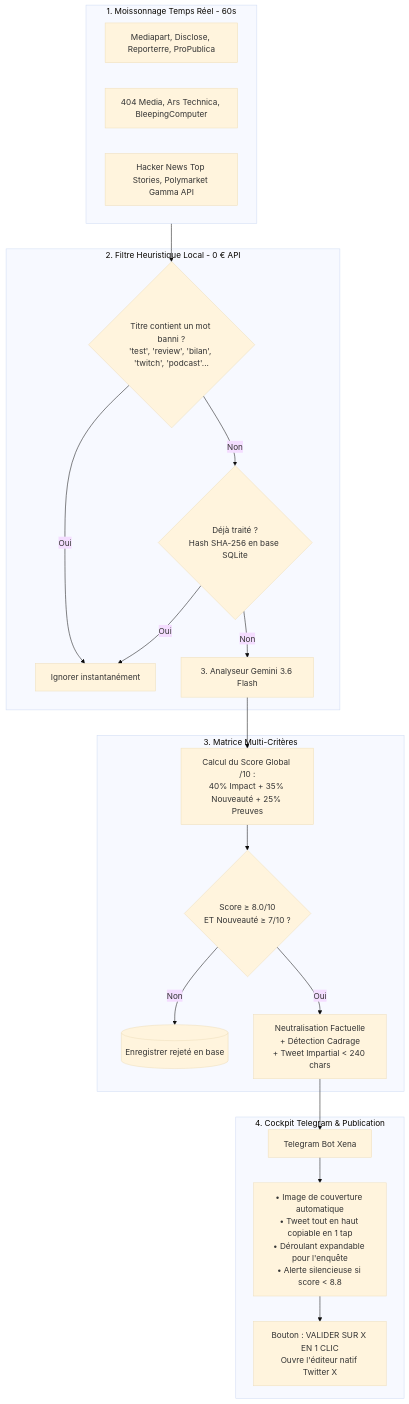
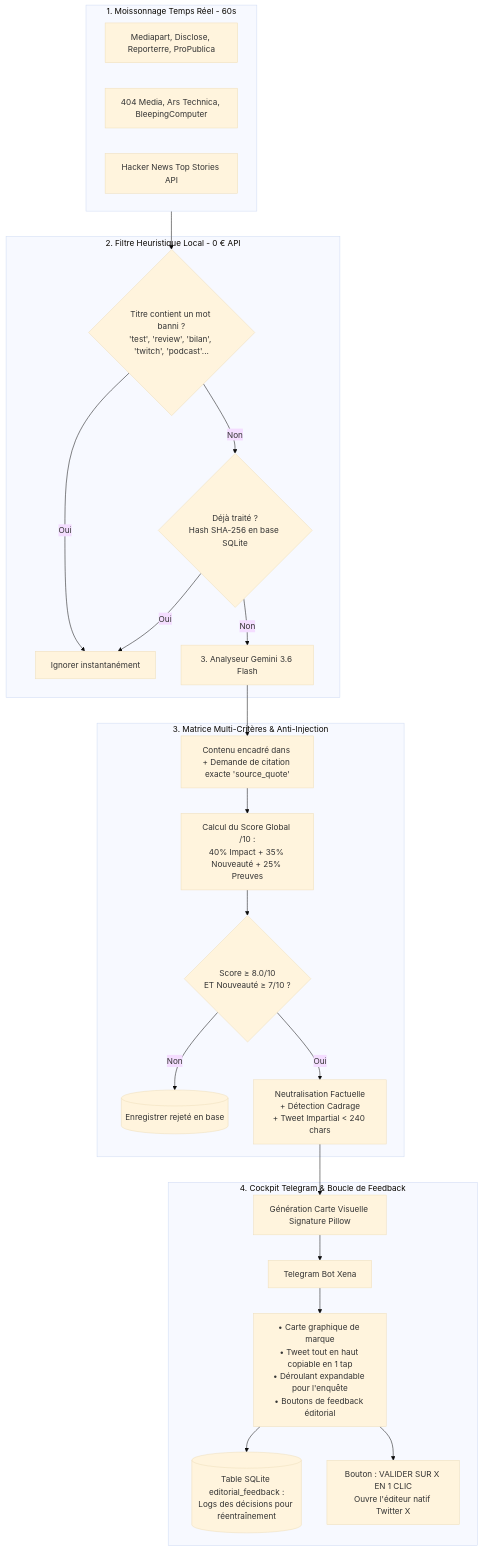
The diagram in README.md (MaximeZoppini/Xena-Newsletter), drawn with Mermaid (base theme) before and after one commit. The commit also changed other lines of this file and 9 other files, not shown here.

Commit message:
feat: implement Faable strategic roadmap, brand visual cards, feedback loop, and remove Polymarket

````diff
--- a/README.md
+++ b/README.md
@@ -24,31 +32,34 @@
 ```mermaid
 flowchart TD
     subgraph Scan [1. Moissonnage Temps Réel - 60s]
         S1[Mediapart, Disclose, Reporterre, ProPublica]
         S2[404 Media, Ars Technica, BleepingComputer]
-        S3[Hacker News Top Stories, Polymarket Gamma API]
+        S3[Hacker News Top Stories API]
     end
 
     subgraph Filtre1 [2. Filtre Heuristique Local - 0 € API]
         F1{Titre contient un mot banni ?\n'test', 'review', 'bilan', 'twitch', 'podcast'...}
         F1 -- Oui --> Drop1[Ignorer instantanément]
         F1 -- Non --> DB_Check{Déjà traité ?\nHash SHA-256 en base SQLite}
         DB_Check -- Oui --> Drop1
         DB_Check -- Non --> AI_Eval[3. Analyseur Gemini 3.6 Flash]
     end
 
-    subgraph Intelligence [3. Matrice Multi-Critères]
-        AI_Eval --> Scoring[Calcul du Score Global /10 :\n40% Impact + 35% Nouveauté + 25% Preuves]
+    subgraph Intelligence [3. Matrice Multi-Critères & Anti-Injection]
+        AI_Eval --> SecurePrompt[Contenu encadré dans <untrusted_source_content>\n+ Demande de citation exacte 'source_quote']
+        SecurePrompt --> Scoring[Calcul du Score Global /10 :\n40% Impact + 35% Nouveauté + 25% Preuves]
         Scoring --> Decision{Score ≥ 8.0/10\nET Nouveauté ≥ 7/10 ?}
         Decision -- Non --> DB_Reject[(Enregistrer rejeté en base)]
         Decision -- Oui --> Neutralize[Neutralisation Factuelle\n+ Détection Cadrage\n+ Tweet Impartial < 240 chars]
     end
 
-    subgraph Cockpit [4. Cockpit Telegram & Publication]
-        Neutralize --> TG[Telegram Bot Xena]
-        TG --> UI[• Image de couverture automatique\n• Tweet tout en haut copiable en 1 tap\n• Déroulant expandable pour l'enquête\n• Alerte silencieuse si score < 8.8]
+    subgraph Cockpit [4. Cockpit Telegram & Boucle de Feedback]
+        Neutralize --> CardGen[Génération Carte Visuelle Signature Pillow]
+        CardGen --> TG[Telegram Bot Xena]
+        TG --> UI[• Carte graphique de marque\n• Tweet tout en haut copiable en 1 tap\n• Déroulant expandable pour l'enquête\n• Boutons de feedback éditorial]
+        UI --> Feedback[(Table SQLite editorial_feedback :\nLogs des décisions pour réentraînement)]
         UI --> Action[Bouton : VALIDER SUR X EN 1 CLIC\nOuvre l'éditeur natif Twitter X]
     end
 
     Scan --> F1
 ```
````
